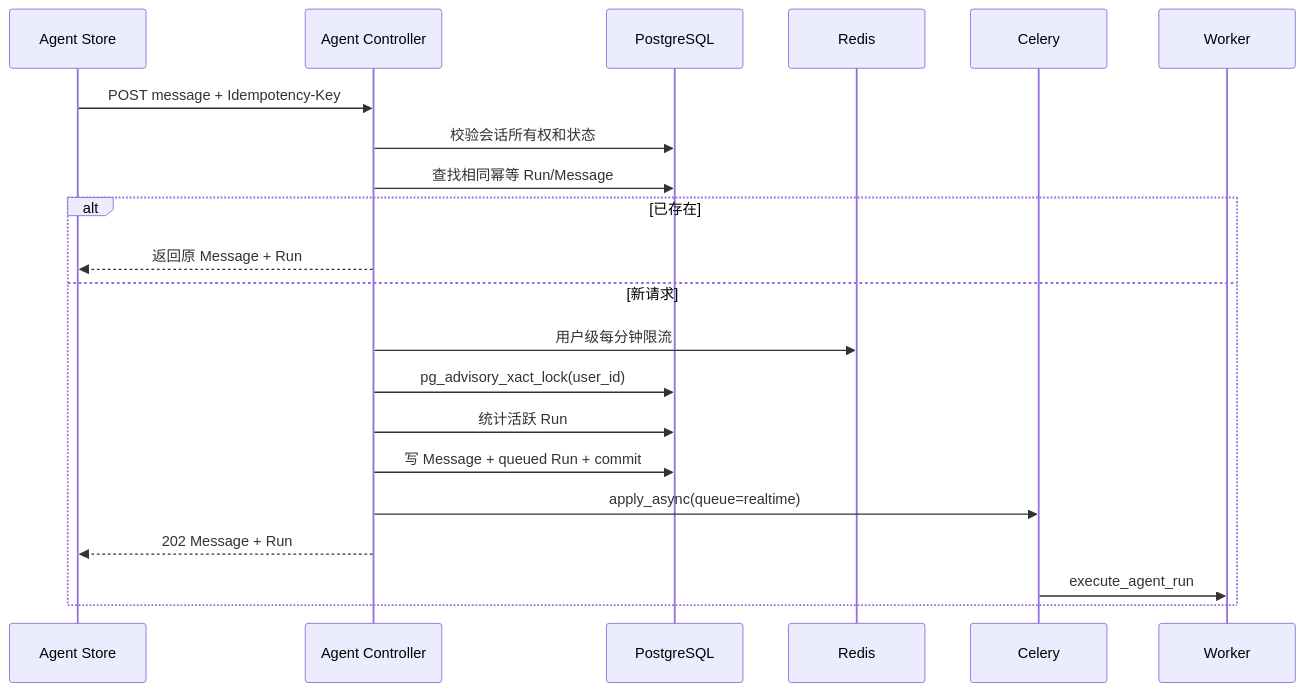
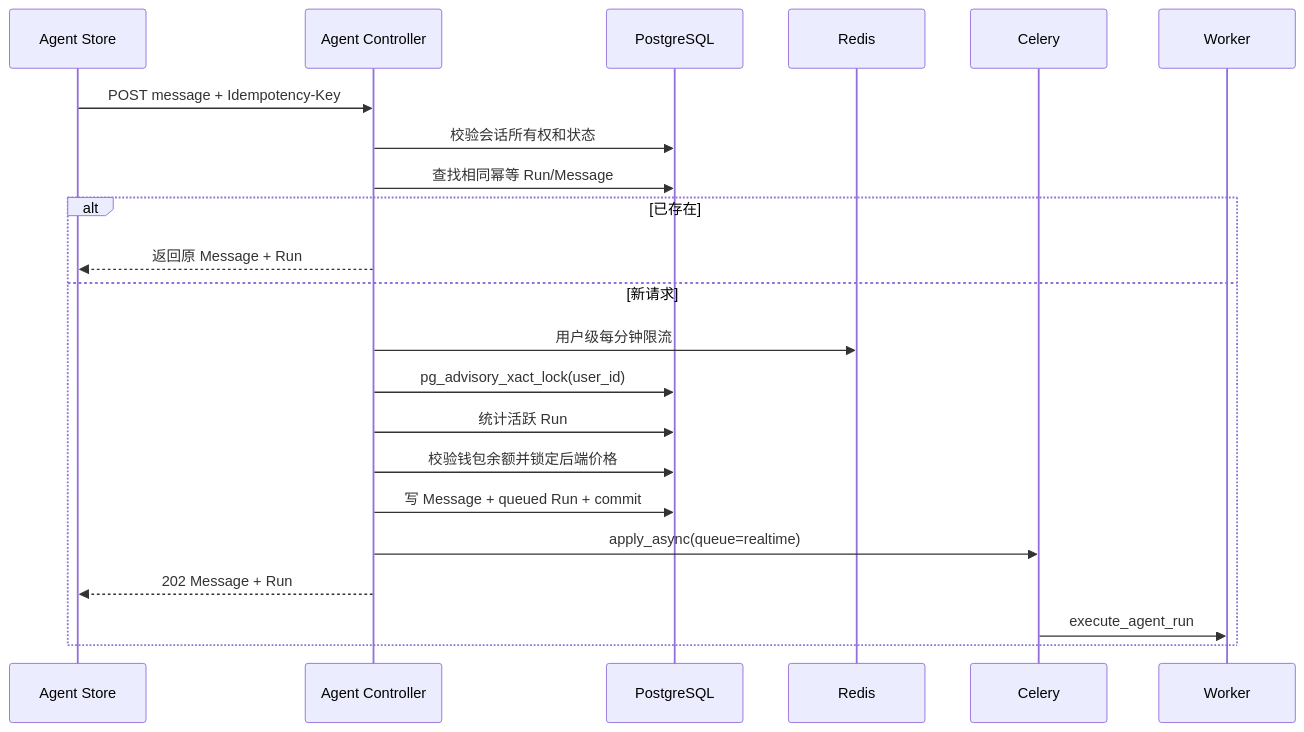
Before and after one commit to bo-ouyang/job: the fourth of 6 diagrams in docs/AGENT_ARCHITECTURE.md, drawn with Mermaid. The commit also changed other lines of this file and 66 other files, not shown here.

````diff
--- a/docs/AGENT_ARCHITECTURE.md
+++ b/docs/AGENT_ARCHITECTURE.md
@@ -151,24 +175,25 @@
 ```mermaid
 sequenceDiagram
     participant FE as Agent Store
     participant API as Agent Controller
     participant PG as PostgreSQL
     participant Redis
     participant Celery
     participant Worker
 
     FE->>API: POST message + Idempotency-Key
     API->>PG: 校验会话所有权和状态
     API->>PG: 查找相同幂等 Run/Message
     alt 已存在
       API-->>FE: 返回原 Message + Run
     else 新请求
       API->>Redis: 用户级每分钟限流
       API->>PG: pg_advisory_xact_lock(user_id)
       API->>PG: 统计活跃 Run
+      API->>PG: 校验钱包余额并锁定后端价格
       API->>PG: 写 Message + queued Run + commit
       API->>Celery: apply_async(queue=realtime)
       API-->>FE: 202 Message + Run
       Celery->>Worker: execute_agent_run
     end
 ```
````
